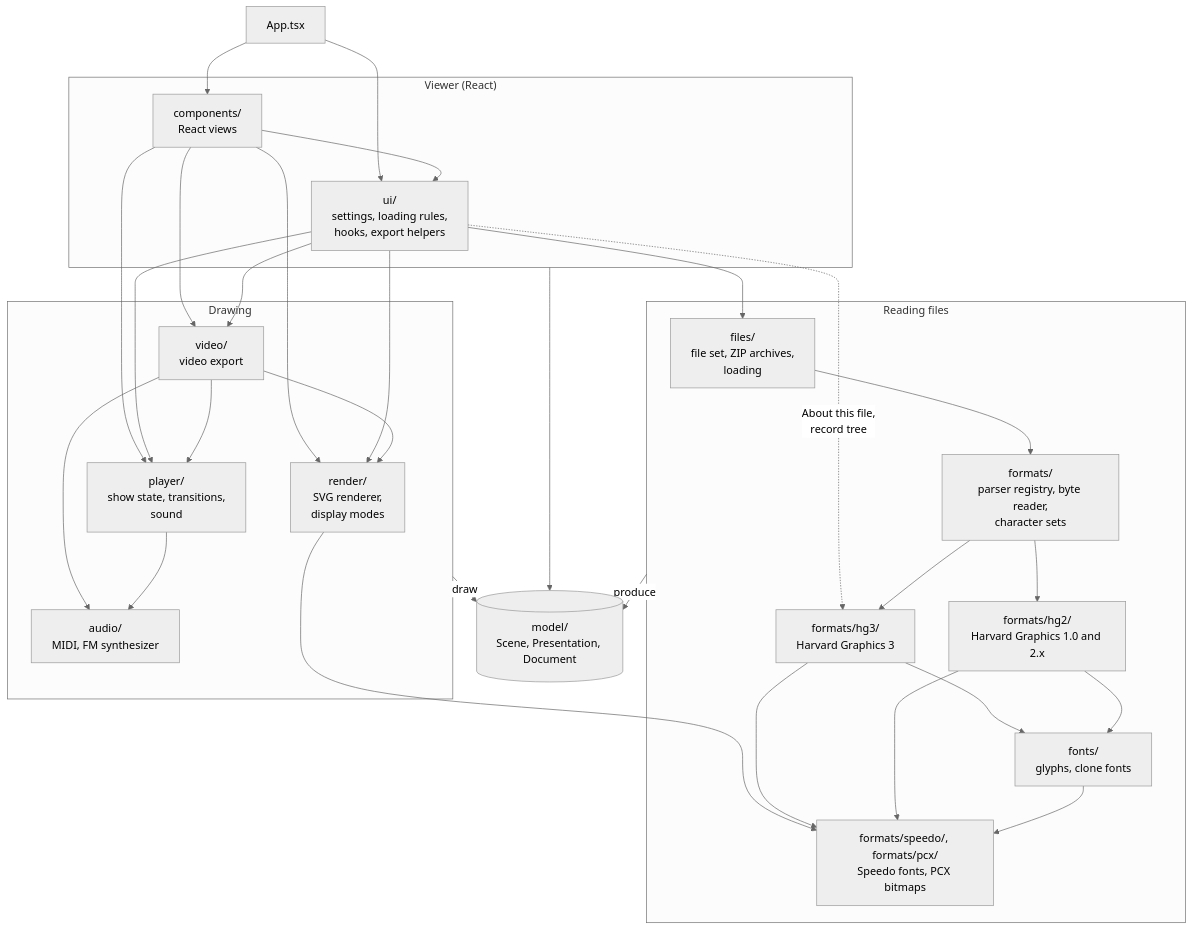
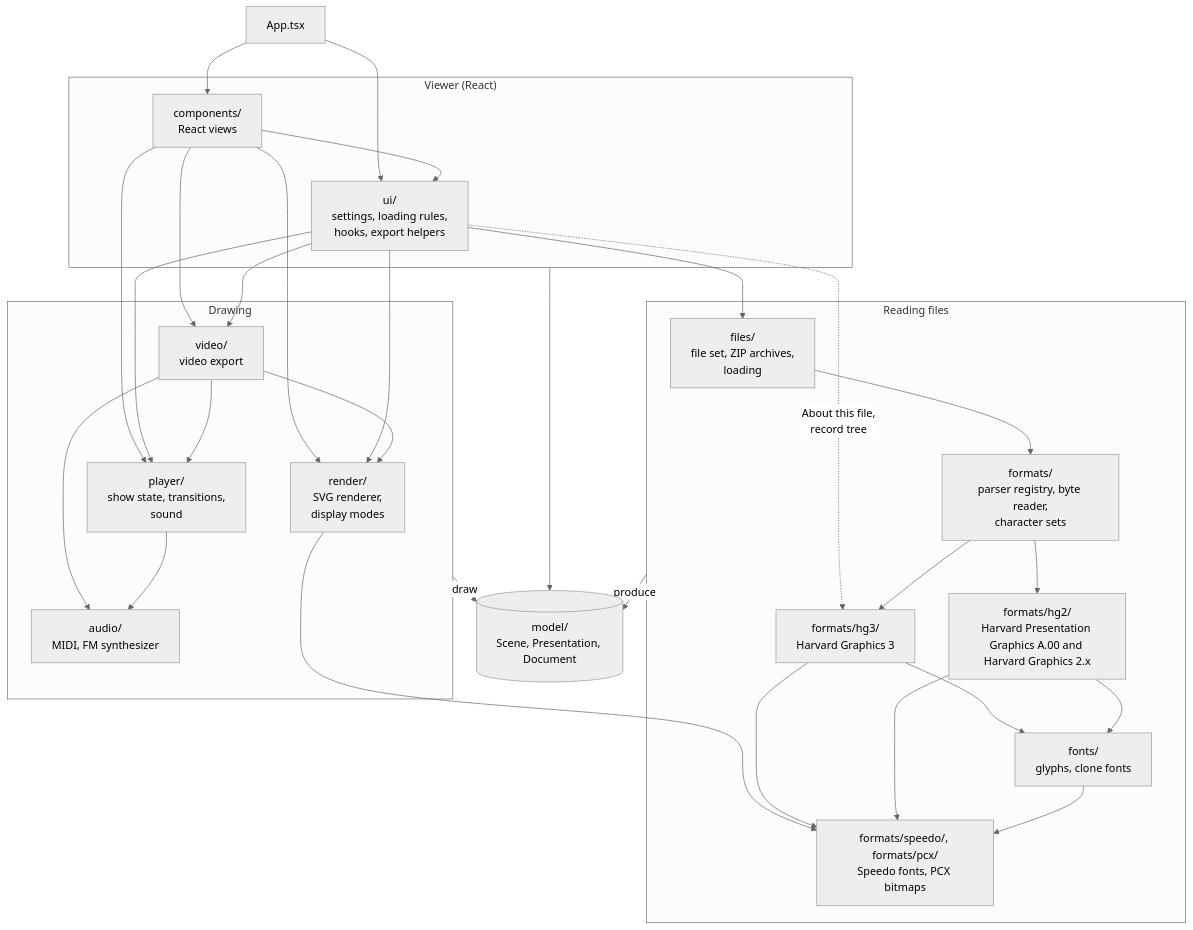
The diagram in README.md (unamanic/harvard-web-viewer), drawn with Mermaid (neutral theme) before and after one commit. The commit also changed other lines of this file and 5 other files, not shown here.

Commit message:
Call Harvard Presentation Graphics 1.0 by its official version, A.00

````diff
--- a/README.md
+++ b/README.md
@@ -97,56 +97,56 @@
 ```mermaid
 flowchart TB
   App["App.tsx"]
 
   subgraph viewer["Viewer (React)"]
     components["components/<br/>React views"]
     ui["ui/<br/>settings, loading rules,<br/>hooks, export helpers"]
   end
 
   subgraph drawing["Drawing"]
     render["render/<br/>SVG renderer,<br/>display modes"]
     player["player/<br/>show state, transitions,<br/>sound"]
     video["video/<br/>video export"]
     audio["audio/<br/>MIDI, FM synthesizer"]
   end
 
   subgraph reading["Reading files"]
     files["files/<br/>file set, ZIP archives,<br/>loading"]
     registry["formats/<br/>parser registry, byte reader,<br/>character sets"]
     hg3["formats/hg3/<br/>Harvard Graphics 3"]
-    hg2["formats/hg2/<br/>Harvard Graphics 1.0 and 2.x"]
+    hg2["formats/hg2/<br/>Harvard Presentation Graphics A.00 and Harvard Graphics 2.x"]
     fonts["fonts/<br/>glyphs, clone fonts"]
     decoders["formats/speedo/, formats/pcx/<br/>Speedo fonts, PCX bitmaps"]
   end
 
   model[("model/<br/>Scene, Presentation, Document")]
 
   App --> components
   App --> ui
   components --> ui
   components --> render
   components --> player
   components --> video
   ui --> files
   ui --> render
   ui --> player
   ui --> video
   ui -. "About this file,<br/>record tree" .-> hg3
   video --> player
   video --> render
   video --> audio
   player --> audio
   render --> decoders
   files --> registry
   registry --> hg3
   registry --> hg2
   hg3 --> fonts
   hg2 --> fonts
   hg3 --> decoders
   hg2 --> decoders
   fonts --> decoders
 
   reading -- "produce" --> model
   drawing -- "draw" --> model
   viewer --> model
 ```
````
